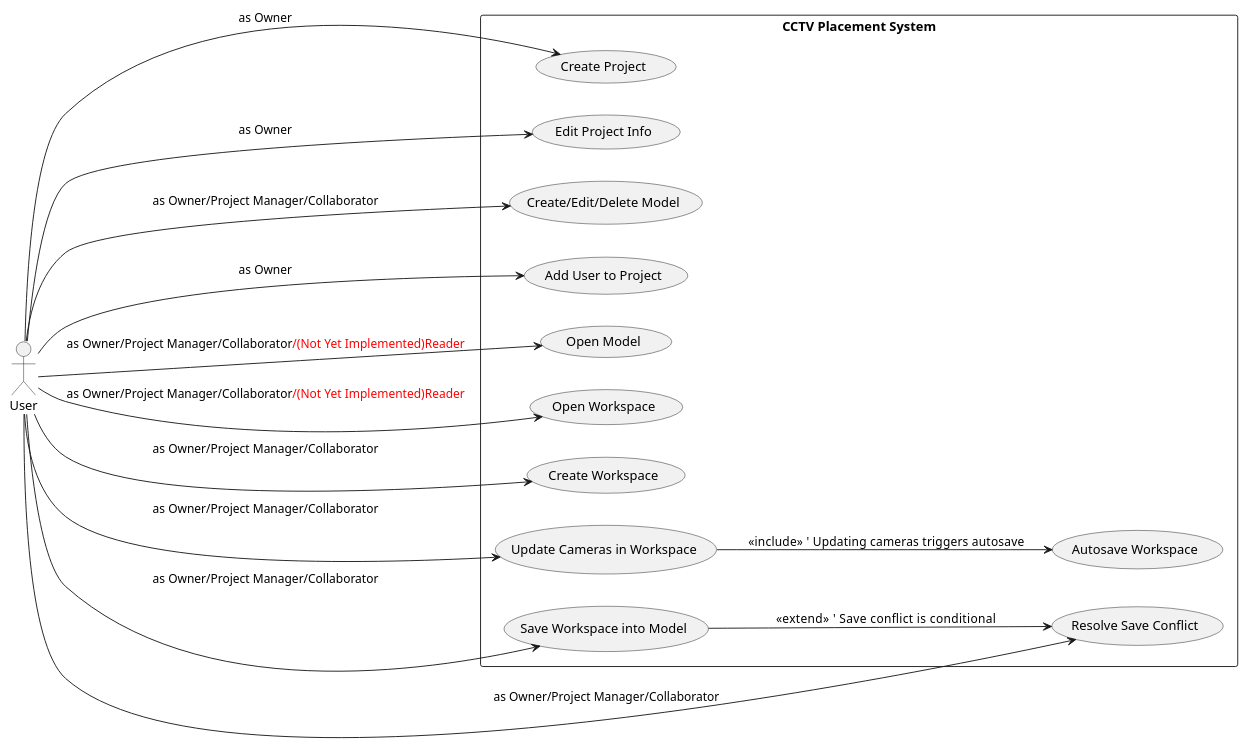
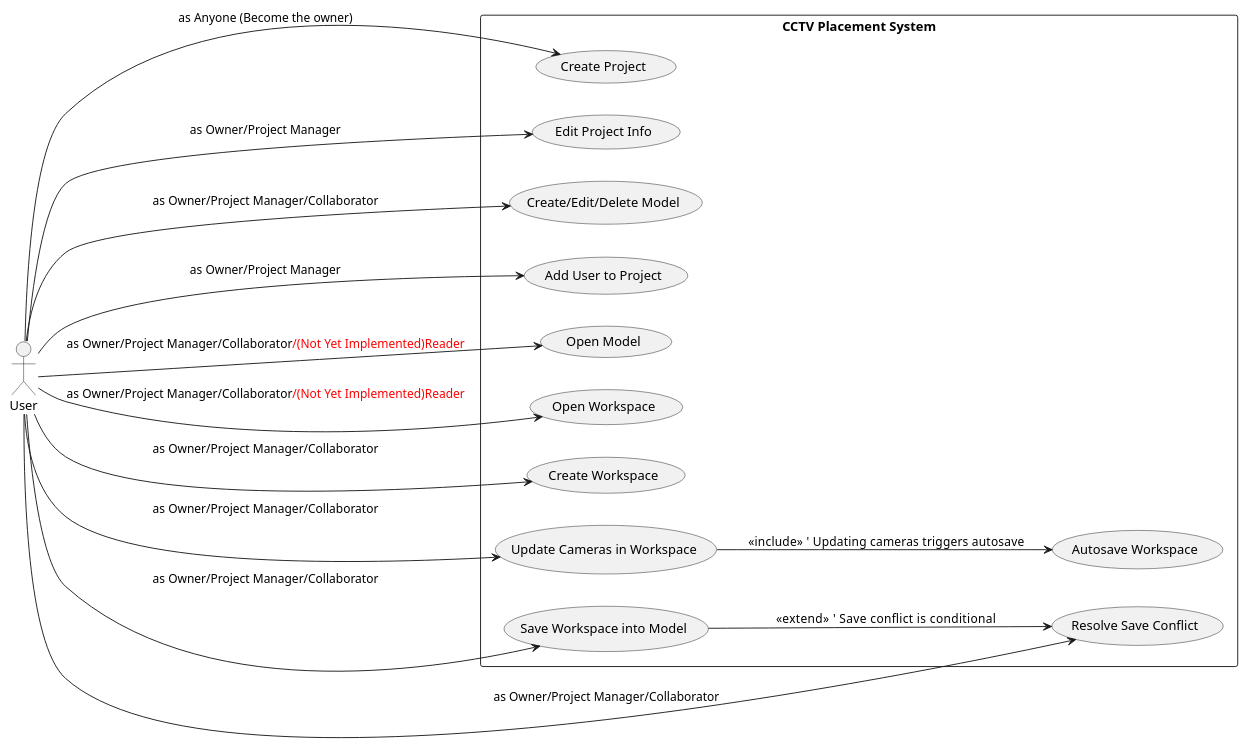
One commit to Ministry-of-Learning-of-Jura-Kites/OmniCam changed the diagram in docs/diagrams/use_case.puml. Above: the diagram before and after it, drawn with PlantUML. The commit also changed 1 other file, not shown here.

Commit message:
update diagrams

```diff
--- a/docs/diagrams/use_case.puml
+++ b/docs/diagrams/use_case.puml
@@ -1,39 +1,39 @@
 @startuml OmniCam Usecase Diagram
 left to right direction
 
 actor User
 
 rectangle "CCTV Placement System" {
 
   usecase "Create Project" as UC1
   usecase "Edit Project Info" as UC2
   usecase "Create/Edit/Delete Model" as UC12
   usecase "Add User to Project" as UC3
   usecase "Open Model" as UC4
   usecase "Open Workspace" as UC5
   usecase "Create Workspace" as UC7
   usecase "Autosave Workspace" as UC8
   usecase "Save Workspace into Model" as UC9
   usecase "Resolve Save Conflict" as UC10
   usecase "Update Cameras in Workspace" as UC11
 
   ' One actor: User (people can have roles)
   ' Role permissions modeled inside system
 
-  User --> UC1  : «as Owner»
-  User --> UC2  : «as Owner»
-  User --> UC3  : «as Owner»
+  User --> UC1  : «as Anyone (Become the owner)»
+  User --> UC2  : «as Owner/Project Manager»
+  User --> UC3  : «as Owner/Project Manager»
 
   User --> UC4  : «as Owner/Project Manager/Collaborator<color:red>/(Not Yet Implemented)Reader</color>»
   User --> UC5  : «as Owner/Project Manager/Collaborator<color:red>/(Not Yet Implemented)Reader</color>»
   User --> UC7  : «as Owner/Project Manager/Collaborator»
   User --> UC9  : «as Owner/Project Manager/Collaborator»
   User --> UC10 : «as Owner/Project Manager/Collaborator»
   User --> UC11 : «as Owner/Project Manager/Collaborator»
   User --> UC12 : «as Owner/Project Manager/Collaborator»
 
   ' Includes / Extends
   UC11 --> UC8 : <<include>>    ' Updating cameras triggers autosave
   UC9 --> UC10 : <<extend>>     ' Save conflict is conditional
 }
 @enduml
```
